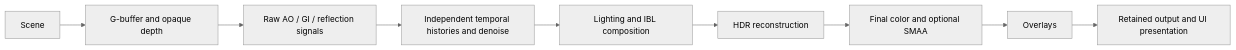
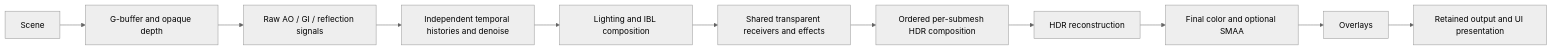
One commit to ferserc1/bg2e-native changed the diagram in doc/deferred_render_model.md. Above: the diagram before and after it, drawn with Mermaid (neutral theme). The commit also changed other lines of this file and 8 other files, not shown here.

Commit message:
Document shared transparent effects and receiver depth lifecycle

````diff
--- a/doc/deferred_render_model.md
+++ b/doc/deferred_render_model.md
@@ -18,11 +18,13 @@
 ```mermaid
 flowchart LR
     Scene --> G[G-buffer and opaque depth]
     G --> R[Raw AO / GI / reflection signals]
     R --> T[Independent temporal histories and denoise]
     T --> L[Lighting and IBL composition]
-    L --> U[HDR reconstruction]
+    L --> TR[Shared transparent receivers and effects]
+    TR --> TC[Ordered per-submesh HDR composition]
+    TC --> U[HDR reconstruction]
     U --> F[Final color and optional SMAA]
     F --> O[Overlays]
     O --> UI[Retained output and UI presentation]
 ```
````
